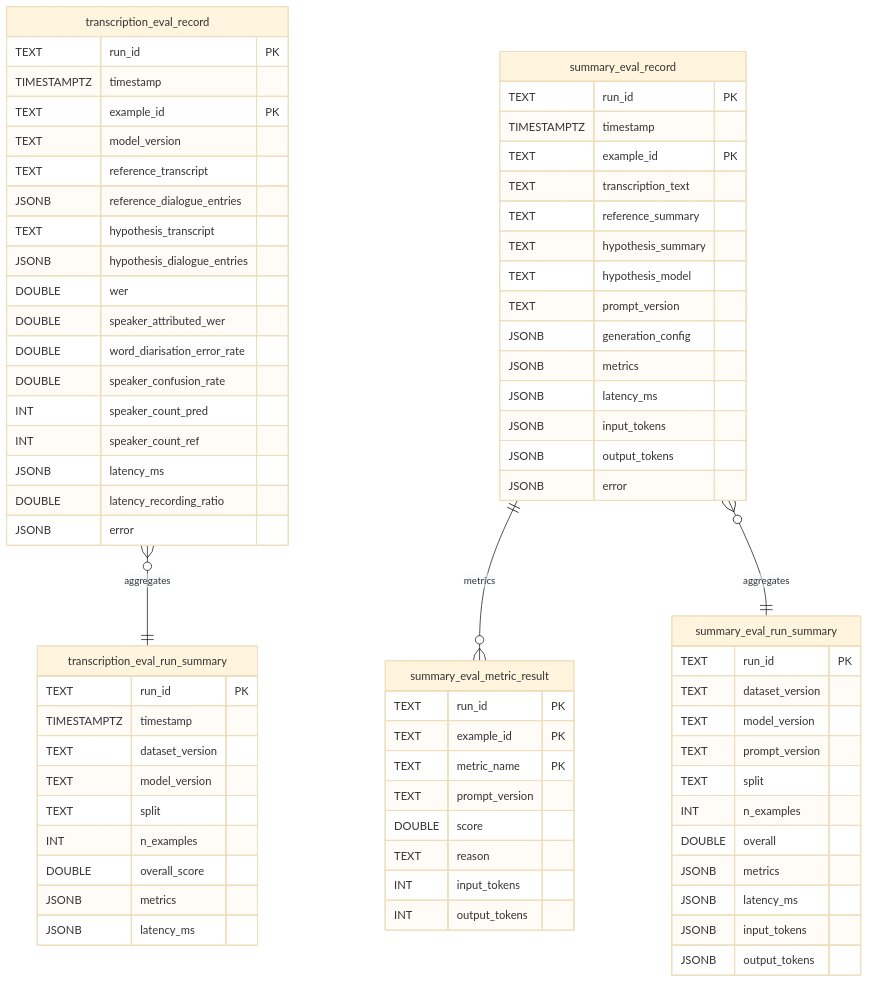
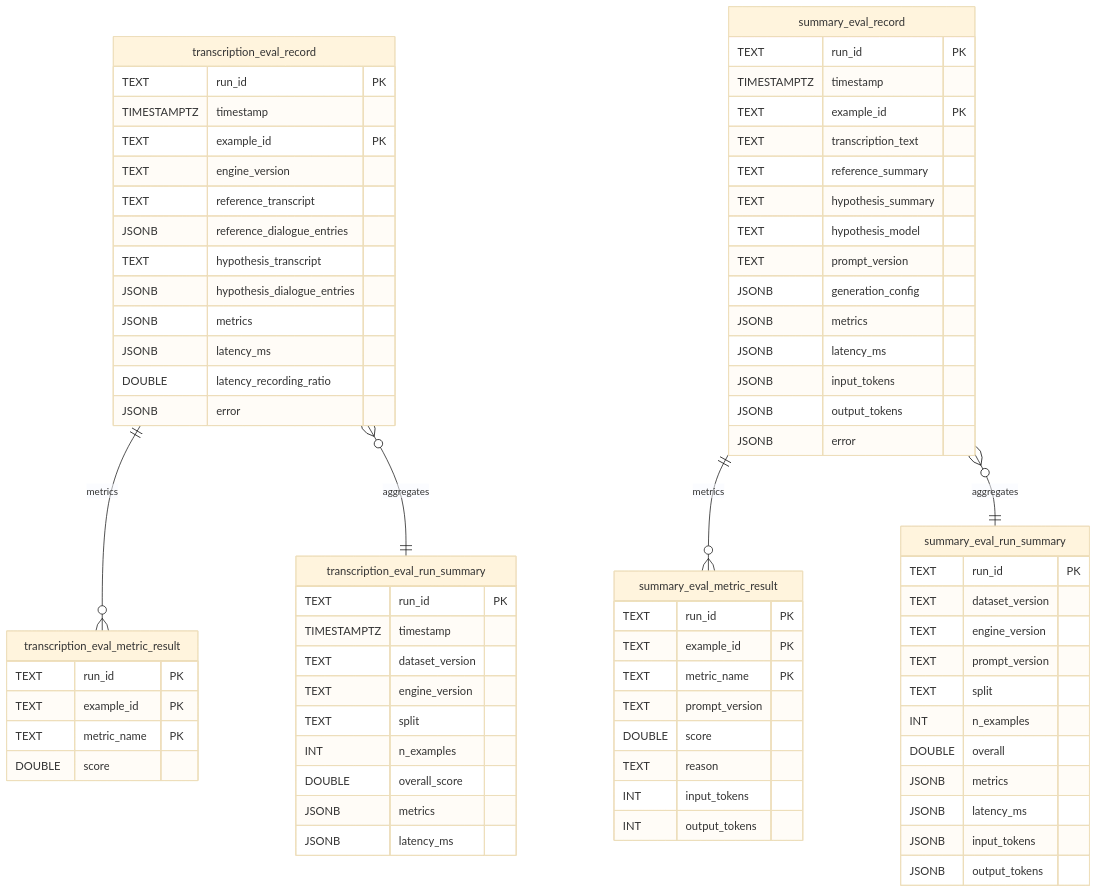
Before and after one commit to communitiesuk/i-ai-minute: the second of 2 diagrams in documentation/data-contracts.md, drawn with Mermaid (base theme). The commit also changed other lines of this file, not shown here.

Commit message:
docs: normalize transcription eval metrics and standardize terminology to engine_version

```diff
--- a/documentation/data-contracts.md
+++ b/documentation/data-contracts.md
@@ -127,27 +127,29 @@
     TEXT run_id PK
     TIMESTAMPTZ timestamp
     TEXT example_id PK
-    TEXT model_version
+    TEXT engine_version
     TEXT reference_transcript
     JSONB reference_dialogue_entries
     TEXT hypothesis_transcript
     JSONB hypothesis_dialogue_entries
-    DOUBLE wer
-    DOUBLE speaker_attributed_wer
-    DOUBLE word_diarisation_error_rate
-    DOUBLE speaker_confusion_rate
-    INT speaker_count_pred
-    INT speaker_count_ref
+    JSONB metrics
     JSONB latency_ms
     DOUBLE latency_recording_ratio
     JSONB error
+  }
+
+  transcription_eval_metric_result {
+    TEXT run_id PK
+    TEXT example_id PK
+    TEXT metric_name PK
+    DOUBLE score
   }
 
   transcription_eval_run_summary {
     TEXT run_id PK
     TIMESTAMPTZ timestamp
     TEXT dataset_version
-    TEXT model_version
+    TEXT engine_version
     TEXT split
     INT n_examples
     DOUBLE overall_score
@@ -186,7 +188,7 @@
   summary_eval_run_summary {
     TEXT run_id PK
     TEXT dataset_version
-    TEXT model_version
+    TEXT engine_version
     TEXT prompt_version
     TEXT split
     INT n_examples
@@ -197,6 +199,7 @@
     JSONB output_tokens
   }
 
+  transcription_eval_record ||--o{ transcription_eval_metric_result : metrics
   transcription_eval_record }o--|| transcription_eval_run_summary : aggregates
 
   summary_eval_record ||--o{ summary_eval_metric_result : metrics
```
